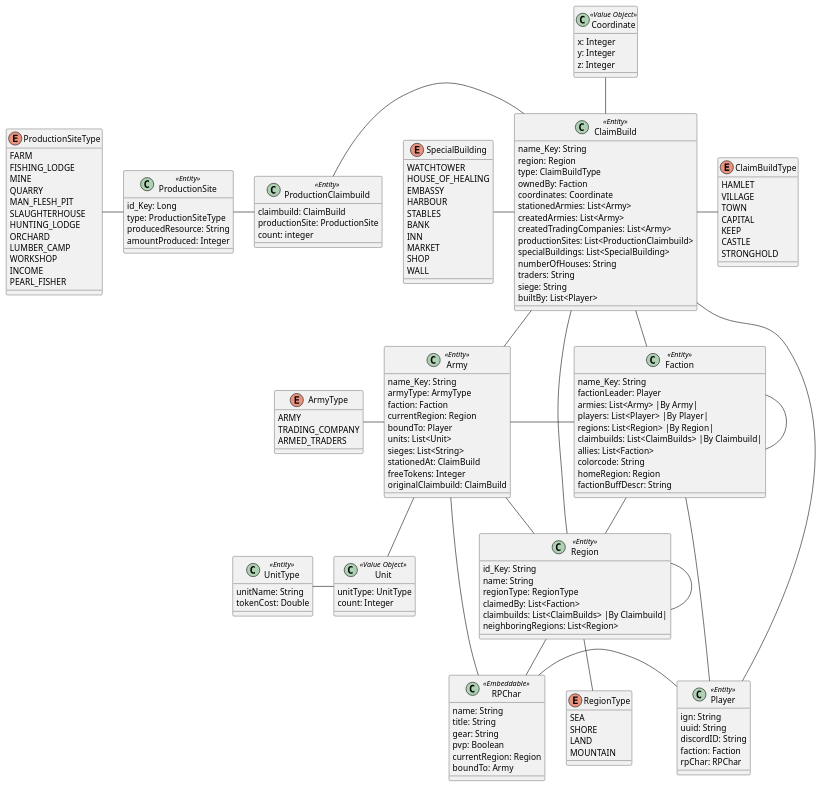
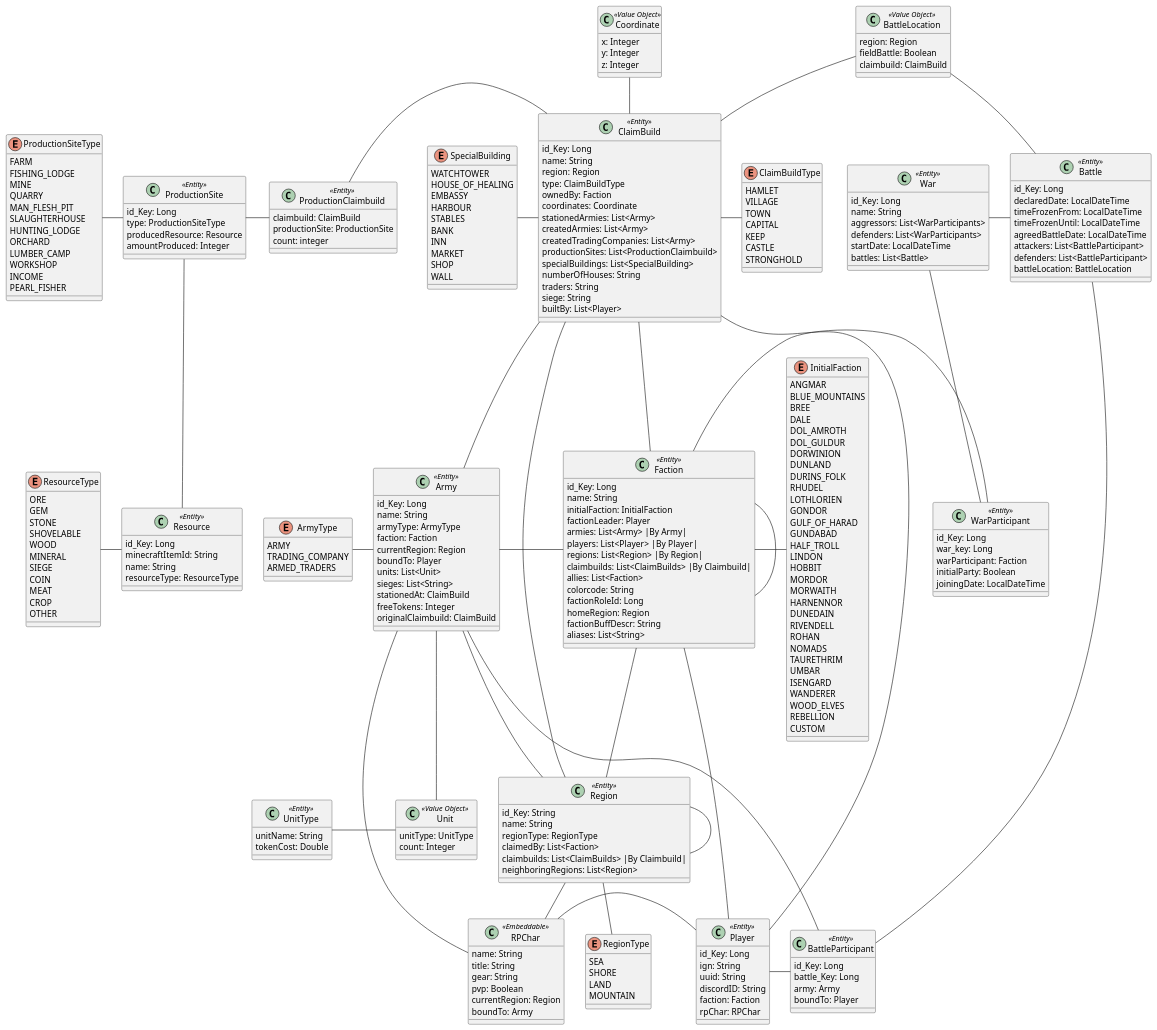
The diagram in src/main/puml/ArdasLegendsDomain.puml (Team-KekX/Ardas-Legends-App), drawn with PlantUML before and after one commit. The commit also changed 143 other files, not shown here.

```diff
--- a/src/main/puml/ArdasLegendsDomain.puml
+++ b/src/main/puml/ArdasLegendsDomain.puml
@@ -1,4 +1,46 @@
 @startuml
+
+class War <<Entity>> {
+    id_Key: Long
+    name: String
+    aggressors: List<WarParticipants>
+    defenders: List<WarParticipants>
+    startDate: LocalDateTime
+    battles: List<Battle>
+}
+
+class WarParticipant <<Entity>> {
+    id_Key: Long
+    war_key: Long
+    warParticipant: Faction
+    initialParty: Boolean
+    joiningDate: LocalDateTime
+}
+
+class Battle <<Entity>> {
+    id_Key: Long
+    declaredDate: LocalDateTime
+    timeFrozenFrom: LocalDateTime
+    timeFrozenUntil: LocalDateTime
+    agreedBattleDate: LocalDateTime
+    attackers: List<BattleParticipant>
+    defenders: List<BattleParticipant>
+    battleLocation: BattleLocation
+}
+
+class BattleParticipant <<Entity>> {
+    id_Key: Long
+    battle_Key: Long
+    army: Army
+    boundTo: Player
+}
+
+class BattleLocation <<Value Object>> {
+    region: Region
+    fieldBattle: Boolean
+    claimbuild: ClaimBuild
+}
+
 class Region <<Entity>> {
     id_Key: String
     name: String
@@ -16,7 +58,8 @@
 }
 
 class ClaimBuild <<Entity>> {
-    name_Key: String
+    id_Key: Long
+    name: String
     region: Region
     type: ClaimBuildType
     ownedBy: Faction
@@ -42,8 +85,44 @@
     STRONGHOLD
 }
 
+enum InitialFaction {
+    ANGMAR
+    BLUE_MOUNTAINS
+    BREE
+    DALE
+    DOL_AMROTH
+    DOL_GULDUR
+    DORWINION
+    DUNLAND
+    DURINS_FOLK
+    RHUDEL
+    LOTHLORIEN
+    GONDOR
+    GULF_OF_HARAD
+    GUNDABAD
+    HALF_TROLL
+    LINDON
+    HOBBIT
+    MORDOR
+    MORWAITH
+    HARNENNOR
+    DUNEDAIN
+    RIVENDELL
+    ROHAN
+    NOMADS
+    TAURETHRIM
+    UMBAR
+    ISENGARD
+    WANDERER
+    WOOD_ELVES
+    REBELLION
+    CUSTOM
+}
+
 class Faction <<Entity>> {
-    name_Key: String
+    id_Key: Long
+    name: String
+    initialFaction: InitialFaction
     factionLeader: Player
     armies: List<Army> |By Army|
     players:  List<Player> |By Player|
@@ -51,11 +130,15 @@
     claimbuilds: List<ClaimBuilds> |By Claimbuild|
     allies: List<Faction>
     colorcode: String
+    factionRoleId: Long
     homeRegion: Region
     factionBuffDescr: String
+    aliases: List<String>
+
 }
 
 class Player <<Entity>> {
+    id_Key: Long
     ign: String
     uuid: String
     discordID: String
@@ -81,8 +164,29 @@
 class ProductionSite <<Entity>> {
     id_Key: Long
     type: ProductionSiteType
-    producedResource: String
+    producedResource: Resource
     amountProduced: Integer
+}
+
+class Resource <<Entity>> {
+    id_Key: Long
+    minecraftItemId: String
+    name: String
+    resourceType: ResourceType
+}
+
+enum ResourceType {
+    ORE
+    GEM
+    STONE
+    SHOVELABLE
+    WOOD
+    MINERAL
+    SIEGE
+    COIN
+    MEAT
+    CROP
+    OTHER
 }
 
 class ProductionClaimbuild <<Entity>> {
@@ -120,7 +224,8 @@
 }
 
 class Army <<Entity>> {
-    name_Key: String
+    id_Key: Long
+    name: String
     armyType: ArmyType
     faction: Faction
     currentRegion: Region
@@ -158,13 +263,27 @@
 Faction -left Army
 Faction -up- ClaimBuild
 Faction - Faction
+Faction -right- WarParticipant
+Faction -right- InitialFaction
+
+WarParticipant -up- War
+War -right- Battle
+Battle -up- BattleLocation
+Battle -down- BattleParticipant
+BattleParticipant -left- Player
+BattleParticipant -left- Army
+
+
 
 ClaimBuild - Player
 ClaimBuild -right- ClaimBuildType
 ClaimBuild -up- Coordinate
 ClaimBuild - Army
+ClaimBuild -up- BattleLocation
 
 ProductionSite - ProductionClaimbuild
+ProductionSite -down- Resource
+Resource -left- ResourceType
 ProductionClaimbuild - ClaimBuild
 SpecialBuilding - ClaimBuild
 
```
